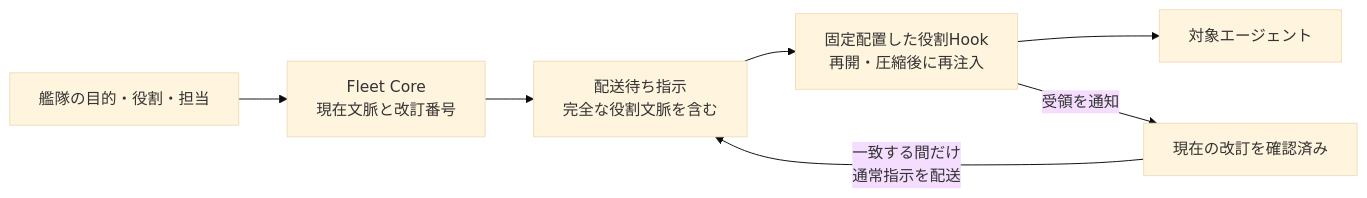
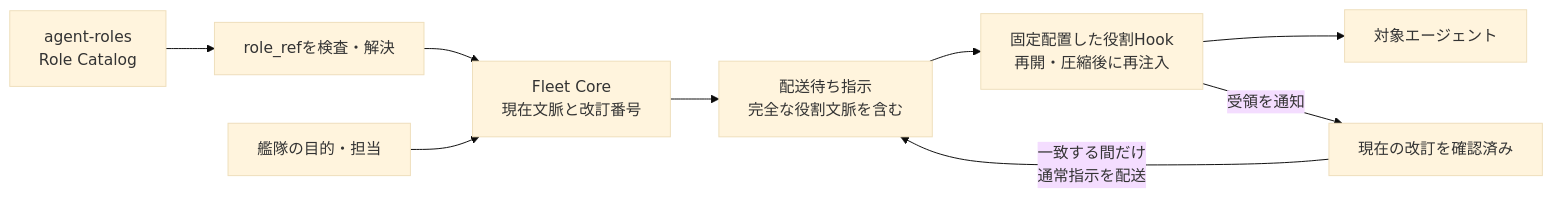
The second of 12 diagrams in docs/2026-08-31-エージェント艦隊-連携と全体制御.md (nakamori-naoya/agent-fleet-plugins), drawn with Mermaid (base theme) before and after one commit. The commit also changed other lines of this file and 26 other files, not shown here.

Commit message:
feat: resolve fleet roles from catalog (#14)

````diff
--- a/docs/2026-08-31-エージェント艦隊-連携と全体制御.md
+++ b/docs/2026-08-31-エージェント艦隊-連携と全体制御.md
@@ -75,12 +78,15 @@
 ```mermaid
 flowchart LR
-    F[艦隊の目的・役割・担当]
+    R[agent-roles<br/>Role Catalog]
+    V[role_refを検査・解決]
+    F[艦隊の目的・担当]
     C[Fleet Core<br/>現在文脈と改訂番号]
     O[配送待ち指示<br/>完全な役割文脈を含む]
     H[固定配置した役割Hook<br/>再開・圧縮後に再注入]
     K[現在の改訂を確認済み]
     A[対象エージェント]
+    R --> V --> C
     F --> C --> O --> H --> A
     H -->|受領を通知| K
     K -->|一致する間だけ<br/>通常指示を配送| O
 ```
````
